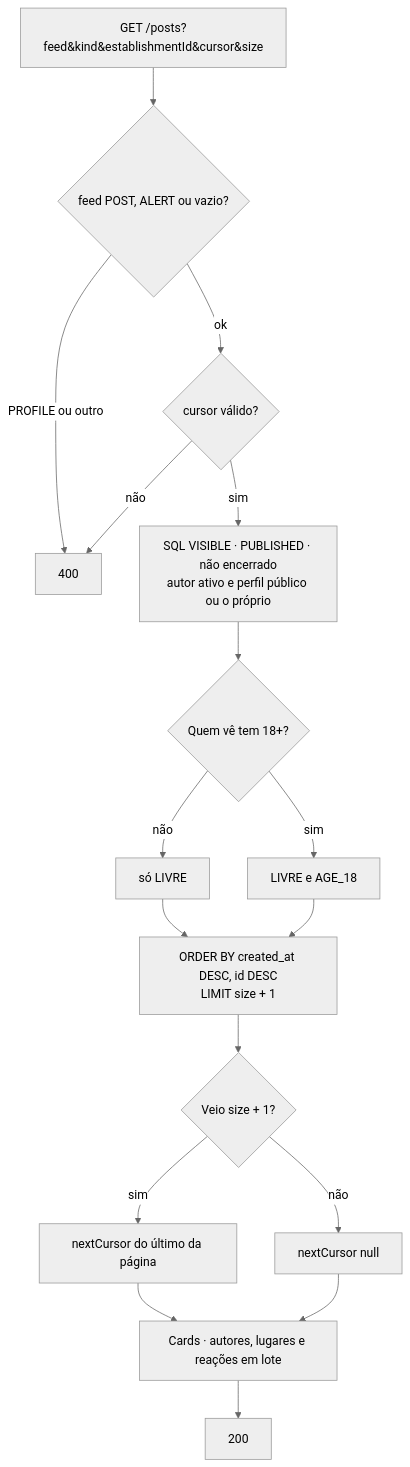
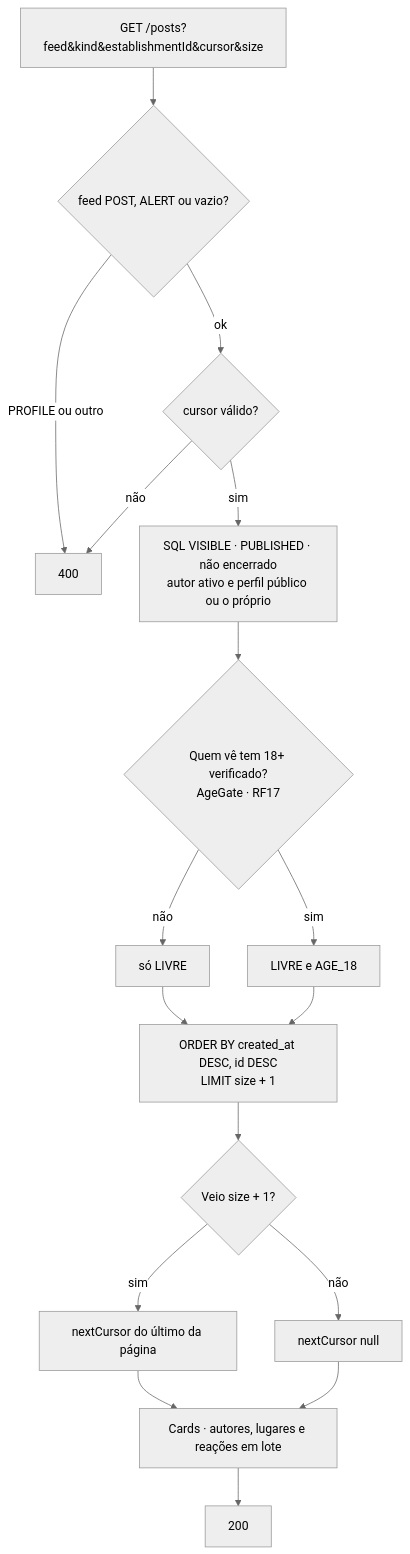
Before and after one commit to MatheusHaliski/Friendly-Eats: the second of 3 diagrams in docs/RF14/atividades.md, drawn with Mermaid (neutral theme). The commit also changed other lines of this file and 71 other files, not shown here.

````diff
--- a/docs/RF14/atividades.md
+++ b/docs/RF14/atividades.md
@@ -29,17 +30,17 @@
 ```mermaid
 flowchart TD
     F[GET /posts?feed&kind&establishmentId&cursor&size] --> V{feed POST, ALERT ou vazio?}
     V -- PROFILE ou outro --> E400[400]
     V -- ok --> C{cursor válido?}
     C -- não --> E400
     C -- sim --> Q[SQL VISIBLE · PUBLISHED · não encerrado<br/>autor ativo e perfil público ou o próprio]
-    Q --> AG{Quem vê tem 18+?}
+    Q --> AG{Quem vê tem 18+ verificado?<br/>AgeGate · RF17}
     AG -- não --> LV[só LIVRE]
     AG -- sim --> ALL[LIVRE e AGE_18]
     LV & ALL --> ORD[ORDER BY created_at DESC, id DESC<br/>LIMIT size + 1]
     ORD --> M{Veio size + 1?}
     M -- sim --> NC[nextCursor do último da página]
     M -- não --> END[nextCursor null]
     NC & END --> CARDS[Cards · autores, lugares e reações em lote]
     CARDS --> OK[200]
 ```
````
